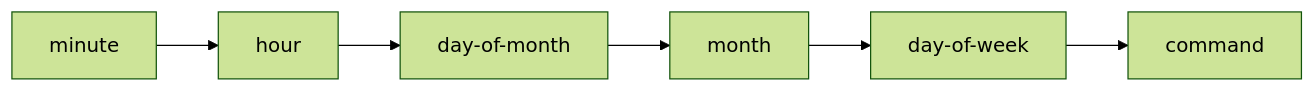
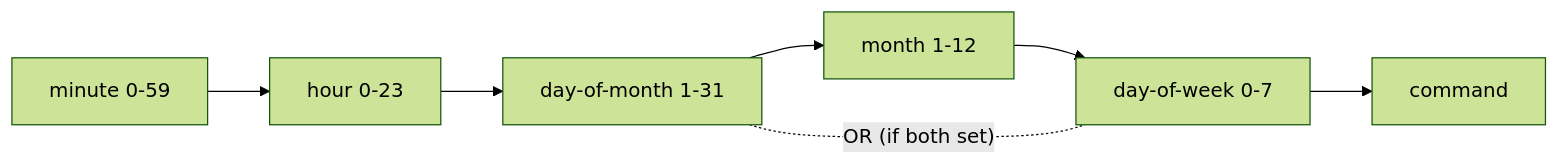
Before and after one commit to cloud-prakhar/learning-linux: the diagram in 11-automation-and-cron/crontab-basics.md, drawn with Mermaid (forest theme). The commit also changed other lines of this file and 69 other files, not shown here.

````diff
--- a/11-automation-and-cron/crontab-basics.md
+++ b/11-automation-and-cron/crontab-basics.md
@@ -47,4 +48,5 @@
 ```mermaid
 flowchart LR
-    M[minute] --> H[hour] --> Dom[day-of-month] --> Mon[month] --> Dow[day-of-week] --> C[command]
+    M[minute 0-59] --> H[hour 0-23] --> Dom[day-of-month 1-31] --> Mon[month 1-12] --> Dow[day-of-week 0-7] --> C[command]
+    Dom -. "OR (if both set)" .- Dow
 ```
````
